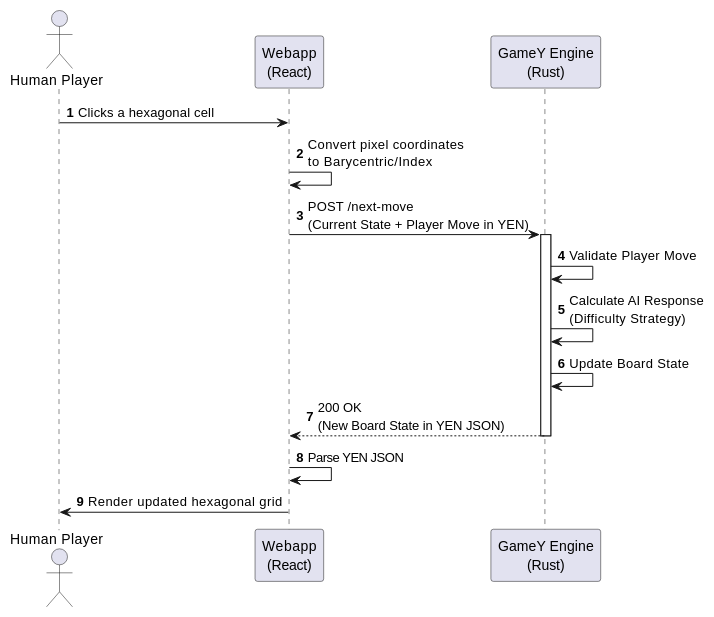
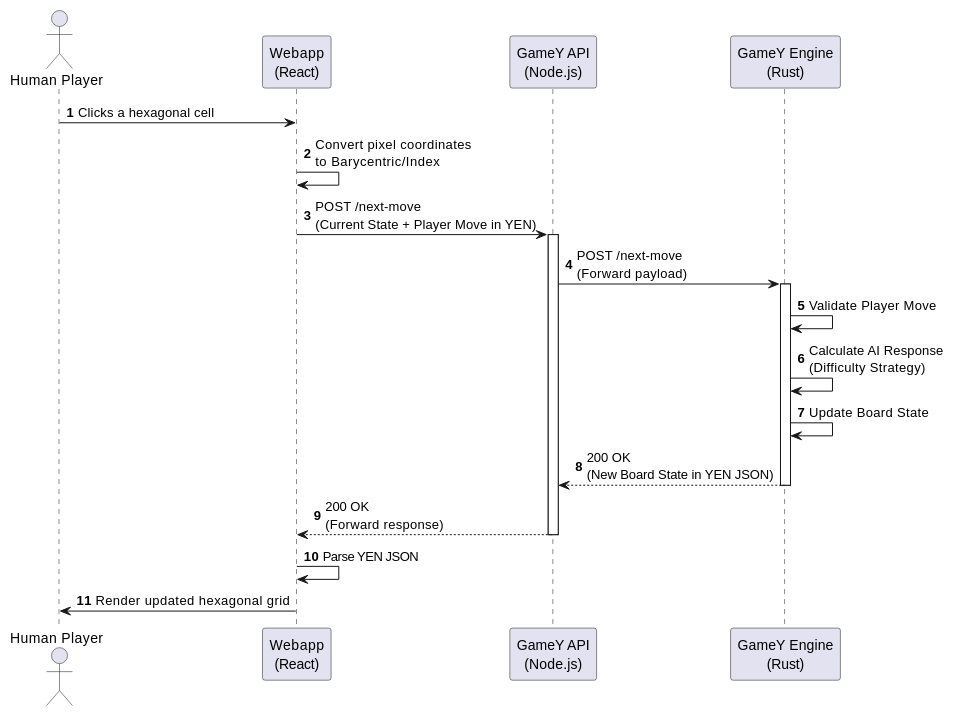
The first of 5 diagrams in docs/src/06_runtime_view.adoc (Arquisoft/yovi_en1a), drawn with PlantUML before and after one commit. The commit also changed other lines of this file, not shown here.

```diff
--- a/docs/src/06_runtime_view.adoc
+++ b/docs/src/06_runtime_view.adoc
@@ -10,24 +10,29 @@
 [plantuml, target="human-vs-ai-move", format="png"]
 ----
 @startuml
 autonumber
 actor "Human Player" as User
 participant "Webapp\n(React)" as UI
+participant "GameY API\n(Node.js)" as API
 participant "GameY Engine\n(Rust)" as Rust
 
 User -> UI : Clicks a hexagonal cell
 UI -> UI : Convert pixel coordinates\nto Barycentric/Index
-UI -> Rust : POST /next-move \n(Current State + Player Move in YEN)
+UI -> API : POST /next-move \n(Current State + Player Move in YEN)
+activate API
+API -> Rust : POST /next-move \n(Forward payload)
 activate Rust
 
 Rust -> Rust : Validate Player Move
 Rust -> Rust : Calculate AI Response \n(Difficulty Strategy)
 Rust -> Rust : Update Board State
 
-Rust --> UI : 200 OK \n(New Board State in YEN JSON)
+Rust --> API : 200 OK \n(New Board State in YEN JSON)
 deactivate Rust
+API --> UI : 200 OK \n(Forward response)
+deactivate API
 
 UI -> UI : Parse YEN JSON
 UI -> User : Render updated hexagonal grid
 @enduml
 ----
```
